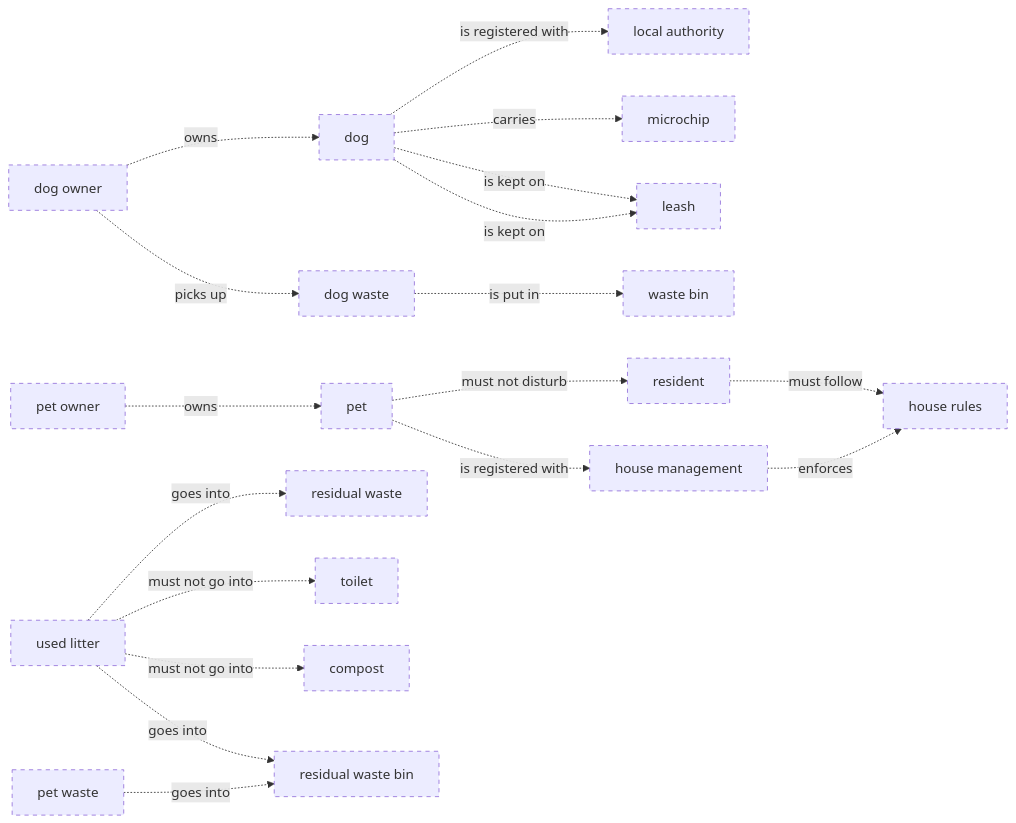
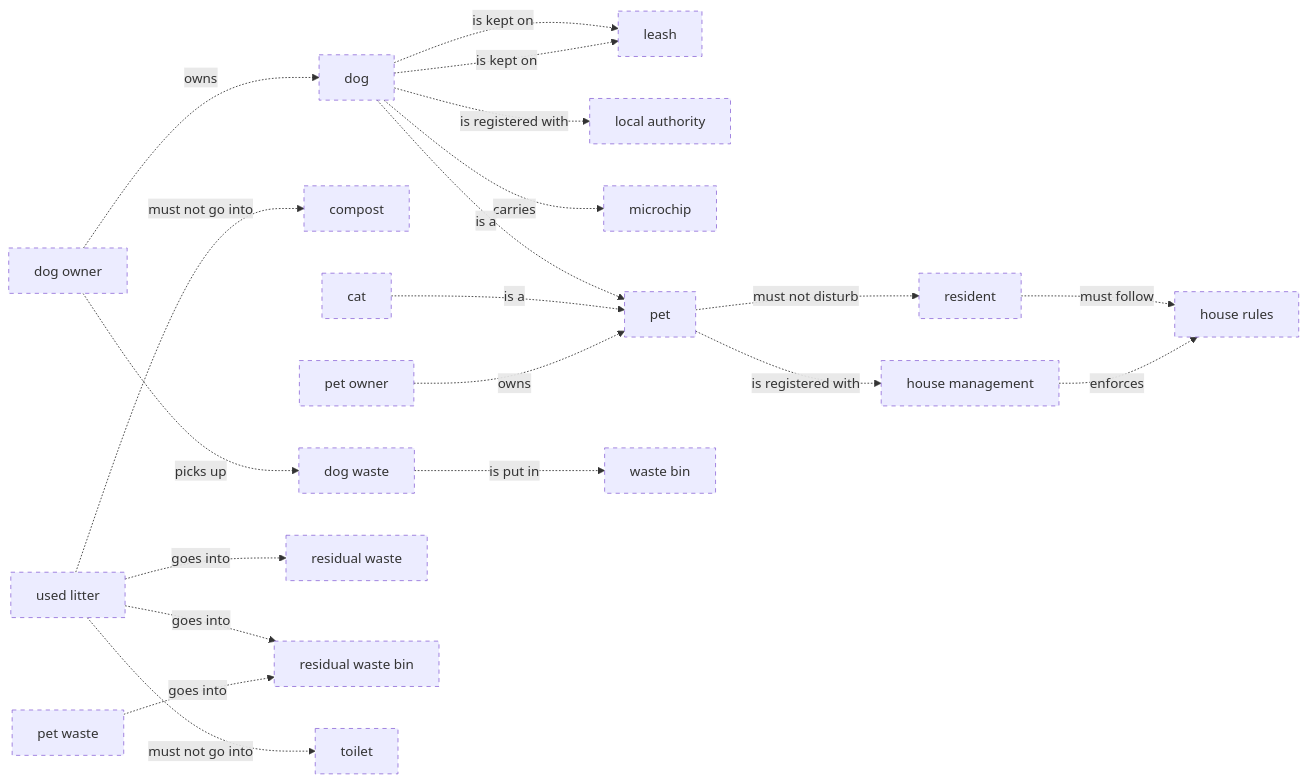
One commit to belaboros/DomainAiAssistant changed the second of 2 diagrams in data/ontology-pets-and-house-rules/03_release/00_raw/level-1.md. Above: the diagram before and after it, drawn with Mermaid. The commit also changed other lines of this file and 16 other files, not shown here.

First line of the commit message:
T39 (spec 0002): level diagrams near 16:9, is-a edges in relation diagrams

````diff
--- a/data/ontology-pets-and-house-rules/03_release/00_raw/level-1.md
+++ b/data/ontology-pets-and-house-rules/03_release/00_raw/level-1.md
@@ -51,40 +51,43 @@
 ```mermaid
 flowchart LR
     classDef draft stroke-dasharray: 5 5
+    cn_01M82GY6D4FG58KKX81F7CX0F1["cat"]
     cn_01M82H1MQPVEX27Q0YHCNZ9WE5["compost"]
     cn_01M82GJP3CRKNX3DNJZDNANDWM["dog"]
     cn_01M82GR8C6YNAW05QP8GX3MF7P["dog owner"]
     cn_01M82GQHZCWYDZ4FY134N19HRE["dog waste"]
     cn_01M82H7HBZP5REB8E6N9M29JTH["house management"]
     cn_01M82H7HBZP5REB8E6N9M29JTQ["house rules"]
     cn_01M82GPB8ZK0N7S1VR303H5EPB["leash"]
     cn_01M82GJP3CRKNX3DNJZDNANDWN["local authority"]
     cn_01M82GJP3CRKNX3DNJZDNANDWP["microchip"]
     cn_01M82H94Y19DEFXTHPXP970KGB["pet"]
     cn_01M82H94Y19DEFXTHPXP970KGF["pet owner"]
     cn_01M82HBAX7NMYFG8GE4P9Y56F6["pet waste"]
     cn_01M82H7HBZP5REB8E6N9M29JTG["resident"]
     cn_01M82H1MQPVEX27Q0YHCNZ9WE3["residual waste"]
     cn_01M82HBAX7NMYFG8GE4P9Y56F8["residual waste bin"]
     cn_01M82H1MQPVEX27Q0YHCNZ9WE4["toilet"]
     cn_01M82H1MQPVEX27Q0YHCNZ9WE1["used litter"]
     cn_01M82GQHZCWYDZ4FY134N19HRF["waste bin"]
     cn_01M82GJP3CRKNX3DNJZDNANDWM -. "is registered with" .-> cn_01M82GJP3CRKNX3DNJZDNANDWN
     cn_01M82GJP3CRKNX3DNJZDNANDWM -. "carries" .-> cn_01M82GJP3CRKNX3DNJZDNANDWP
     cn_01M82GJP3CRKNX3DNJZDNANDWM -. "is kept on" .-> cn_01M82GPB8ZK0N7S1VR303H5EPB
     cn_01M82GJP3CRKNX3DNJZDNANDWM -. "is kept on" .-> cn_01M82GPB8ZK0N7S1VR303H5EPB
+    cn_01M82GJP3CRKNX3DNJZDNANDWM -. "is a" .-> cn_01M82H94Y19DEFXTHPXP970KGB
     cn_01M82GQHZCWYDZ4FY134N19HRE -. "is put in" .-> cn_01M82GQHZCWYDZ4FY134N19HRF
     cn_01M82GR8C6YNAW05QP8GX3MF7P -. "owns" .-> cn_01M82GJP3CRKNX3DNJZDNANDWM
     cn_01M82GR8C6YNAW05QP8GX3MF7P -. "picks up" .-> cn_01M82GQHZCWYDZ4FY134N19HRE
+    cn_01M82GY6D4FG58KKX81F7CX0F1 -. "is a" .-> cn_01M82H94Y19DEFXTHPXP970KGB
     cn_01M82H1MQPVEX27Q0YHCNZ9WE1 -. "goes into" .-> cn_01M82H1MQPVEX27Q0YHCNZ9WE3
     cn_01M82H1MQPVEX27Q0YHCNZ9WE1 -. "must not go into" .-> cn_01M82H1MQPVEX27Q0YHCNZ9WE4
     cn_01M82H1MQPVEX27Q0YHCNZ9WE1 -. "must not go into" .-> cn_01M82H1MQPVEX27Q0YHCNZ9WE5
     cn_01M82H1MQPVEX27Q0YHCNZ9WE1 -. "goes into" .-> cn_01M82HBAX7NMYFG8GE4P9Y56F8
     cn_01M82H7HBZP5REB8E6N9M29JTG -. "must follow" .-> cn_01M82H7HBZP5REB8E6N9M29JTQ
     cn_01M82H7HBZP5REB8E6N9M29JTH -. "enforces" .-> cn_01M82H7HBZP5REB8E6N9M29JTQ
     cn_01M82H94Y19DEFXTHPXP970KGB -. "must not disturb" .-> cn_01M82H7HBZP5REB8E6N9M29JTG
     cn_01M82H94Y19DEFXTHPXP970KGB -. "is registered with" .-> cn_01M82H7HBZP5REB8E6N9M29JTH
     cn_01M82H94Y19DEFXTHPXP970KGF -. "owns" .-> cn_01M82H94Y19DEFXTHPXP970KGB
     cn_01M82HBAX7NMYFG8GE4P9Y56F6 -. "goes into" .-> cn_01M82HBAX7NMYFG8GE4P9Y56F8
-    class cn_01M82H1MQPVEX27Q0YHCNZ9WE5,cn_01M82GJP3CRKNX3DNJZDNANDWM,cn_01M82GR8C6YNAW05QP8GX3MF7P,cn_01M82GQHZCWYDZ4FY134N19HRE,cn_01M82H7HBZP5REB8E6N9M29JTH,cn_01M82H7HBZP5REB8E6N9M29JTQ,cn_01M82GPB8ZK0N7S1VR303H5EPB,cn_01M82GJP3CRKNX3DNJZDNANDWN,cn_01M82GJP3CRKNX3DNJZDNANDWP,cn_01M82H94Y19DEFXTHPXP970KGB,cn_01M82H94Y19DEFXTHPXP970KGF,cn_01M82HBAX7NMYFG8GE4P9Y56F6,cn_01M82H7HBZP5REB8E6N9M29JTG,cn_01M82H1MQPVEX27Q0YHCNZ9WE3,cn_01M82HBAX7NMYFG8GE4P9Y56F8,cn_01M82H1MQPVEX27Q0YHCNZ9WE4,cn_01M82H1MQPVEX27Q0YHCNZ9WE1,cn_01M82GQHZCWYDZ4FY134N19HRF draft
+    class cn_01M82GY6D4FG58KKX81F7CX0F1,cn_01M82H1MQPVEX27Q0YHCNZ9WE5,cn_01M82GJP3CRKNX3DNJZDNANDWM,cn_01M82GR8C6YNAW05QP8GX3MF7P,cn_01M82GQHZCWYDZ4FY134N19HRE,cn_01M82H7HBZP5REB8E6N9M29JTH,cn_01M82H7HBZP5REB8E6N9M29JTQ,cn_01M82GPB8ZK0N7S1VR303H5EPB,cn_01M82GJP3CRKNX3DNJZDNANDWN,cn_01M82GJP3CRKNX3DNJZDNANDWP,cn_01M82H94Y19DEFXTHPXP970KGB,cn_01M82H94Y19DEFXTHPXP970KGF,cn_01M82HBAX7NMYFG8GE4P9Y56F6,cn_01M82H7HBZP5REB8E6N9M29JTG,cn_01M82H1MQPVEX27Q0YHCNZ9WE3,cn_01M82HBAX7NMYFG8GE4P9Y56F8,cn_01M82H1MQPVEX27Q0YHCNZ9WE4,cn_01M82H1MQPVEX27Q0YHCNZ9WE1,cn_01M82GQHZCWYDZ4FY134N19HRF draft
 ```
````
